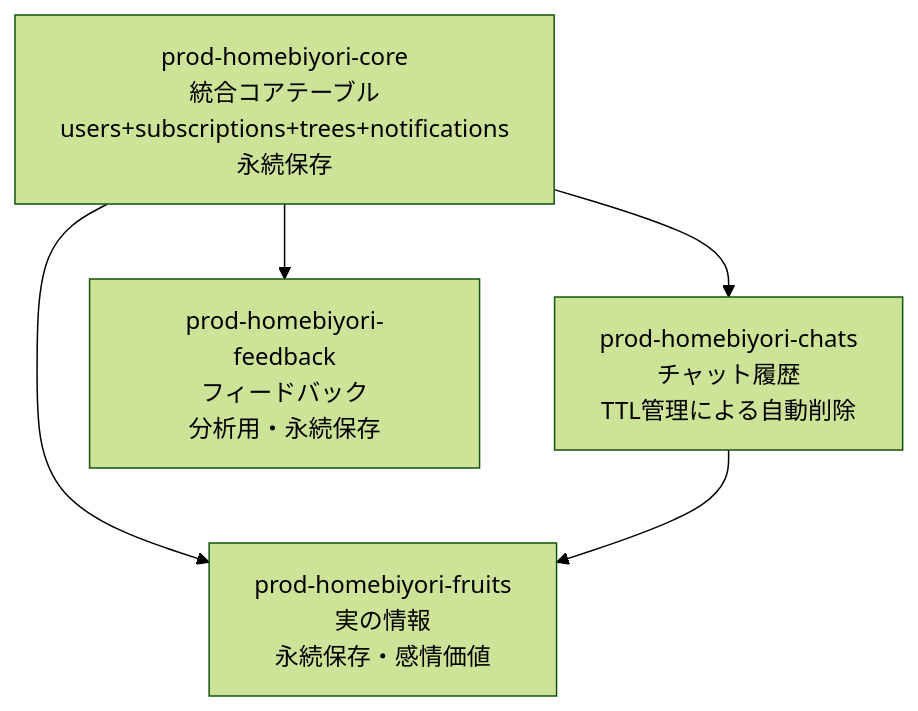
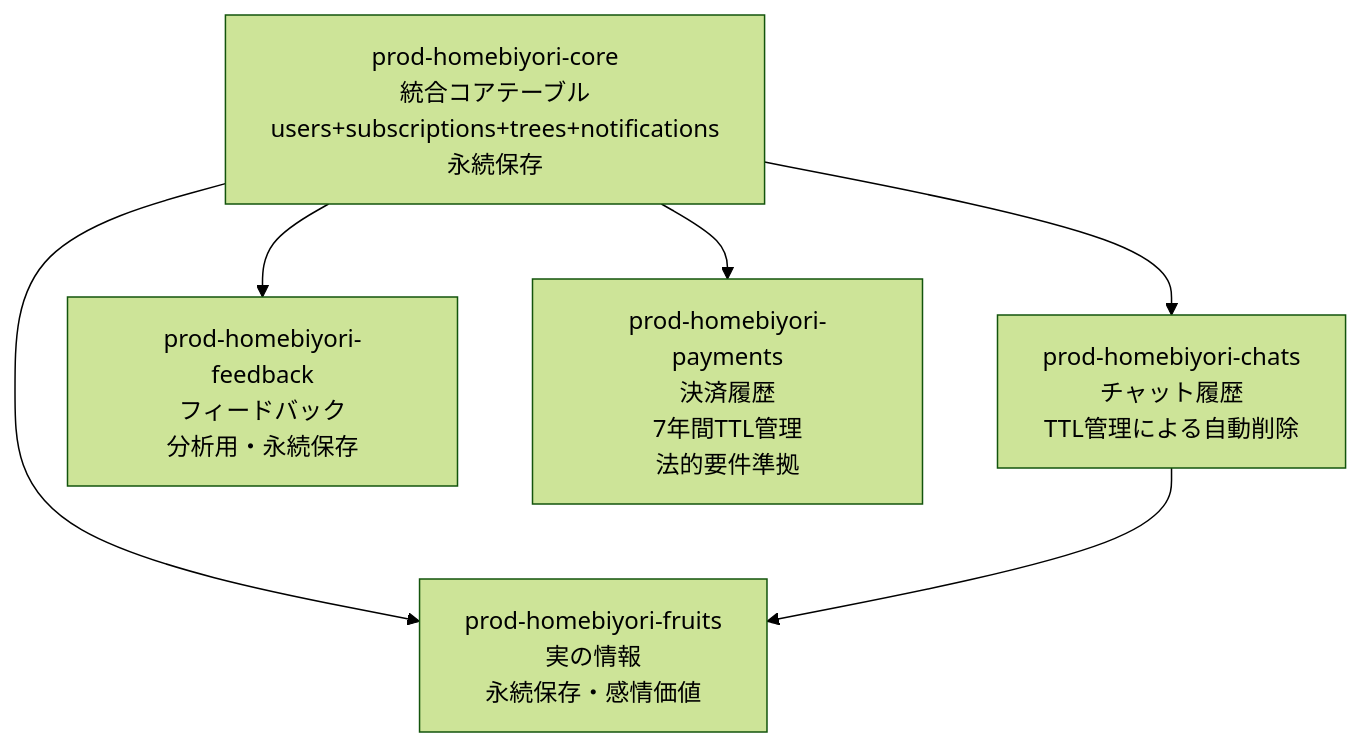
The diagram in .kiro/specs/homebi-yori/design_database.md (sodafloatlab/homebiyori), drawn with Mermaid (forest theme) before and after one commit. The commit also changed other lines of this file and 6 other files, not shown here.

````diff
--- a/.kiro/specs/homebi-yori/design_database.md
+++ b/.kiro/specs/homebi-yori/design_database.md
@@ -16,12 +16,14 @@
 ```mermaid
 graph TB
     Core[prod-homebiyori-core<br/>統合コアテーブル<br/>users+subscriptions+trees+notifications<br/>永続保存]
     Chats[prod-homebiyori-chats<br/>チャット履歴<br/>TTL管理による自動削除]
     Fruits[prod-homebiyori-fruits<br/>実の情報<br/>永続保存・感情価値]
     Feedback[prod-homebiyori-feedback<br/>フィードバック<br/>分析用・永続保存]
+    Payments[prod-homebiyori-payments<br/>決済履歴<br/>7年間TTL管理<br/>法的要件準拠]
     
     Core --> Chats
     Core --> Fruits
     Chats --> Fruits
     Core --> Feedback
+    Core --> Payments
 ```
````
